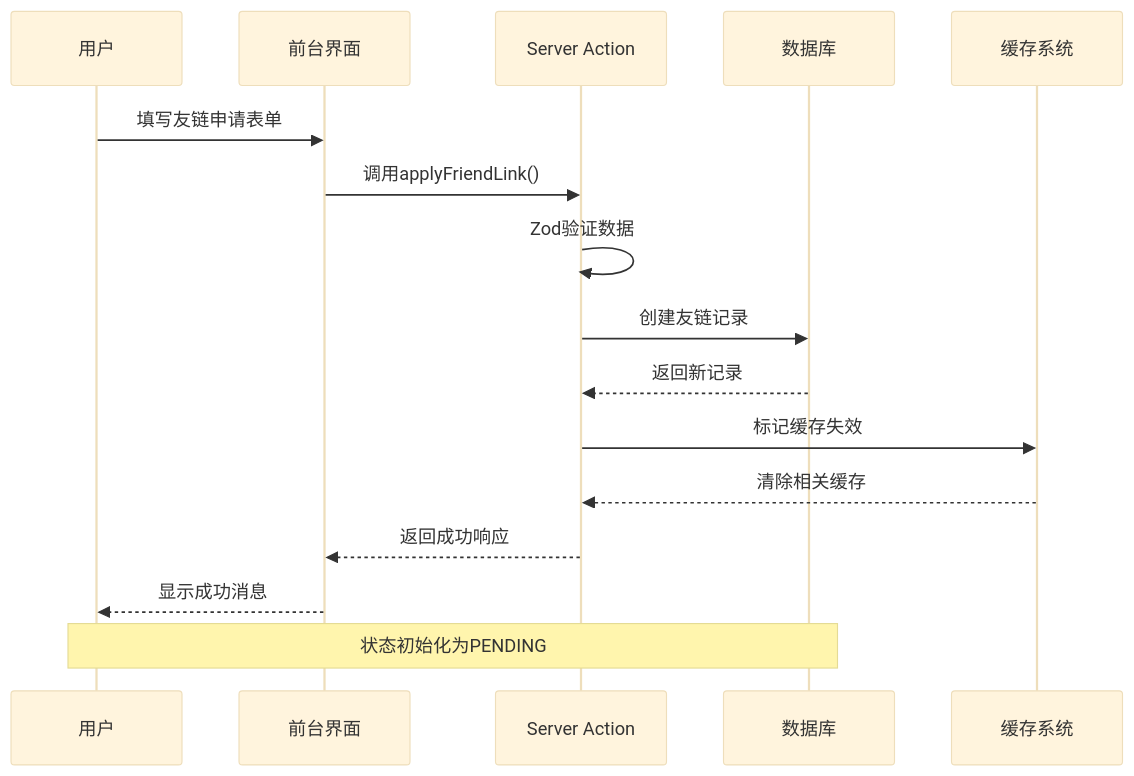
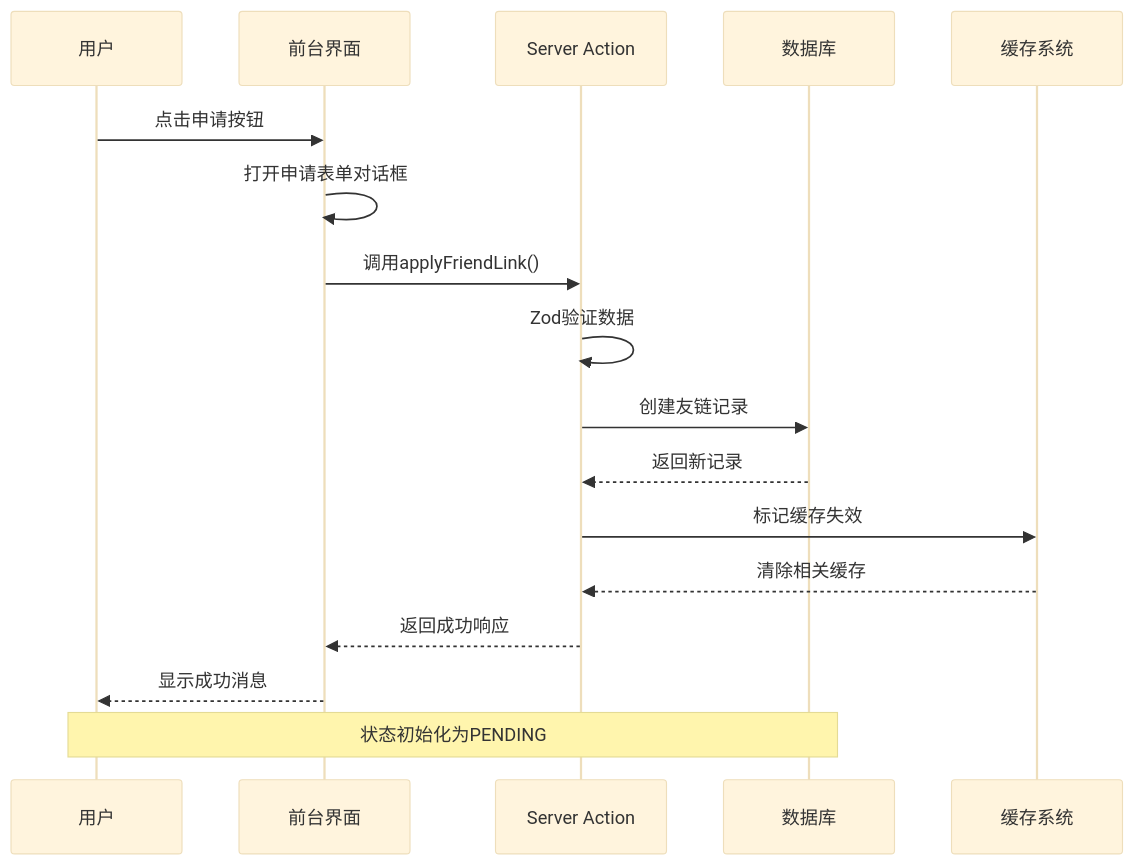
Before and after one commit to Mr-Groundhog/ground_hog: the third of 8 diagrams in .qoder/repowiki/zh/content/友链管理系统/友链申请流程.md, drawn with Mermaid (base theme). The commit also changed other lines of this file and 7 other files, not shown here.

````diff
--- a/.qoder/repowiki/zh/content/友链管理系统/友链申请流程.md
+++ b/.qoder/repowiki/zh/content/友链管理系统/友链申请流程.md
@@ -122,18 +133,19 @@
 ```mermaid
 sequenceDiagram
 participant User as 用户
 participant UI as 前台界面
 participant Action as Server Action
 participant DB as 数据库
 participant Cache as 缓存系统
-User->>UI : 填写友链申请表单
+User->>UI : 点击申请按钮
+UI->>UI : 打开申请表单对话框
 UI->>Action : 调用applyFriendLink()
 Action->>Action : Zod验证数据
 Action->>DB : 创建友链记录
 DB-->>Action : 返回新记录
 Action->>Cache : 标记缓存失效
 Cache-->>Action : 清除相关缓存
 Action-->>UI : 返回成功响应
 UI-->>User : 显示成功消息
 Note over User,DB : 状态初始化为PENDING
 ```
````
